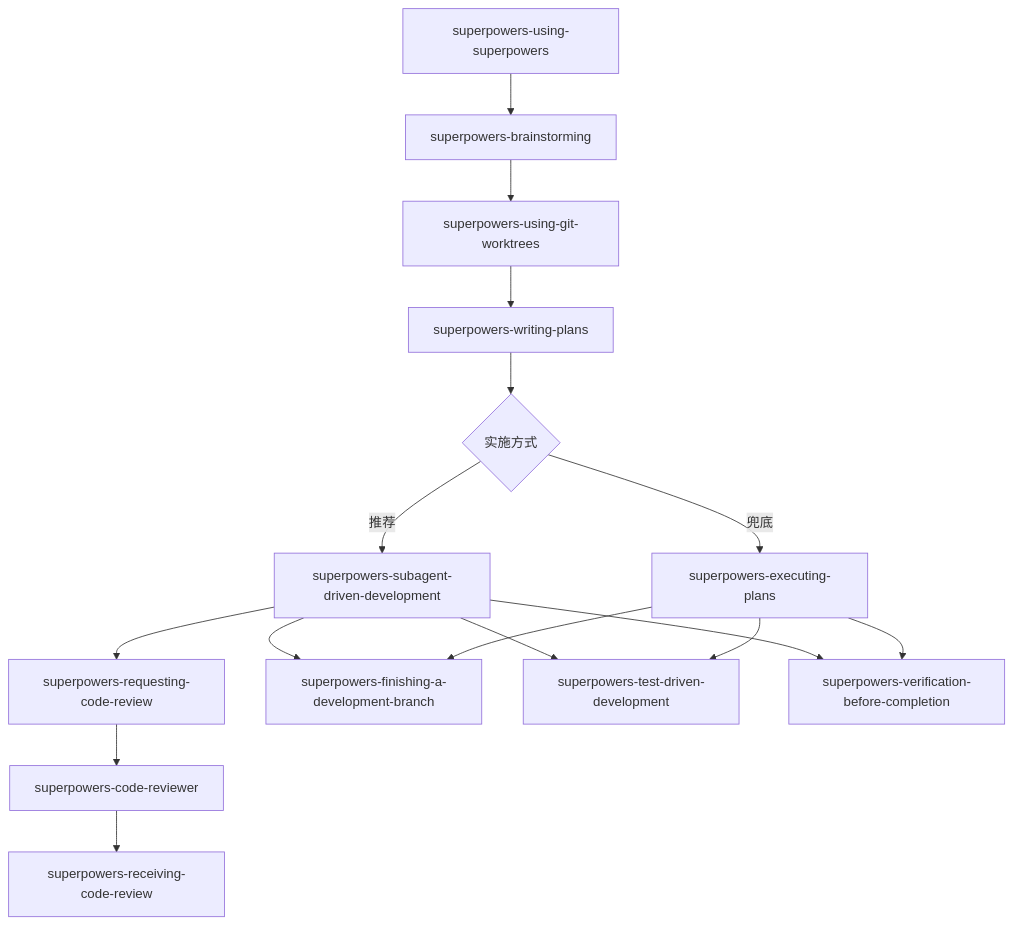
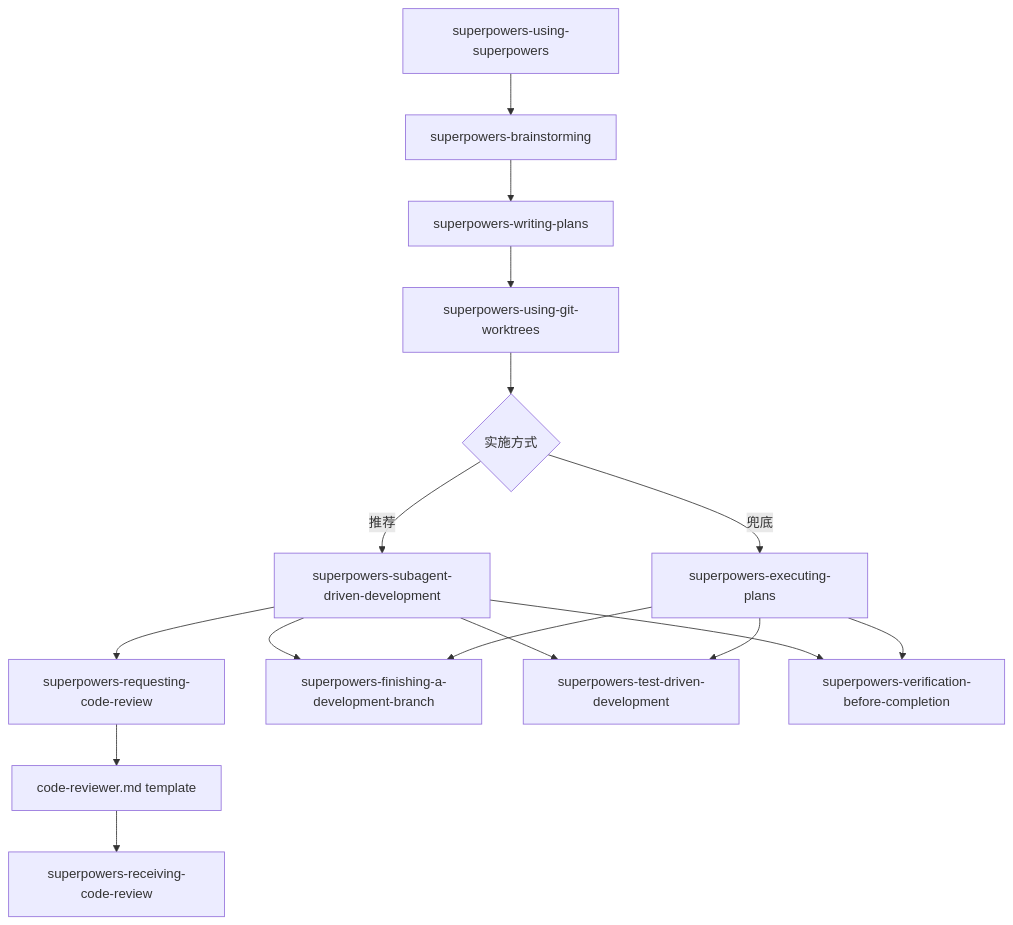
One commit to klaaay/spec-toolkit changed the diagram in apps/spec-kit-app/public/commands-packages/superpowers/workflow.md. Above: the diagram before and after it, drawn with Mermaid. The commit also changed other lines of this file and 33 other files, not shown here.

````diff
--- a/apps/spec-kit-app/public/commands-packages/superpowers/workflow.md
+++ b/apps/spec-kit-app/public/commands-packages/superpowers/workflow.md
@@ -26,18 +27,18 @@
 ```mermaid
 flowchart TD
     A[superpowers-using-superpowers] --> B[superpowers-brainstorming]
-    B --> C[superpowers-using-git-worktrees]
-    C --> D[superpowers-writing-plans]
-    D --> E{实施方式}
+    B --> D[superpowers-writing-plans]
+    D --> C[superpowers-using-git-worktrees]
+    C --> E{实施方式}
     E -->|推荐| F[superpowers-subagent-driven-development]
     E -->|兜底| G[superpowers-executing-plans]
     F --> H[superpowers-requesting-code-review]
-    H --> I[superpowers-code-reviewer]
+    H --> I[code-reviewer.md template]
     I --> J[superpowers-receiving-code-review]
     F --> K[superpowers-finishing-a-development-branch]
     G --> K
     F --> L[superpowers-test-driven-development]
     G --> L
     F --> M[superpowers-verification-before-completion]
     G --> M
 ```
````
